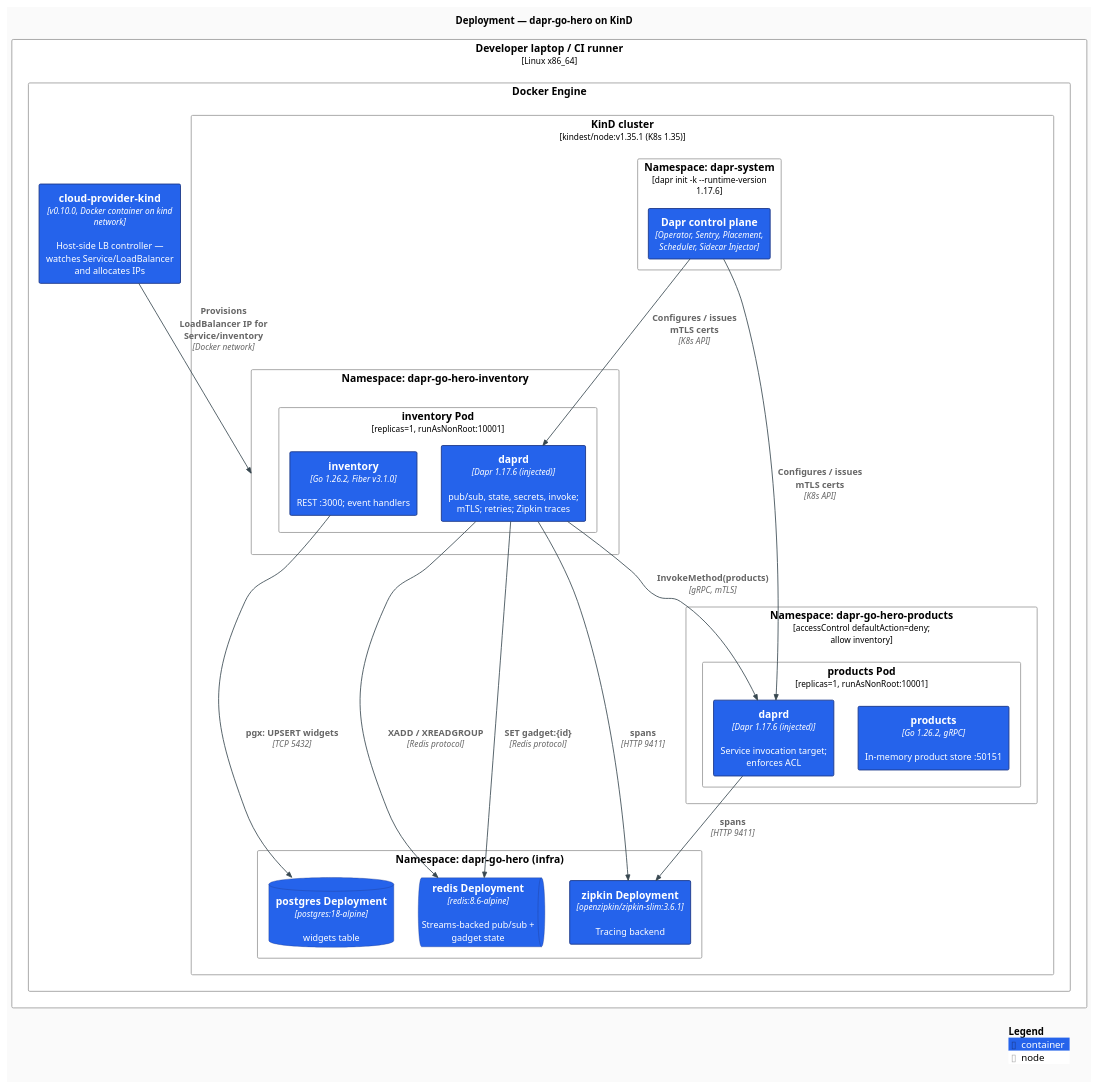
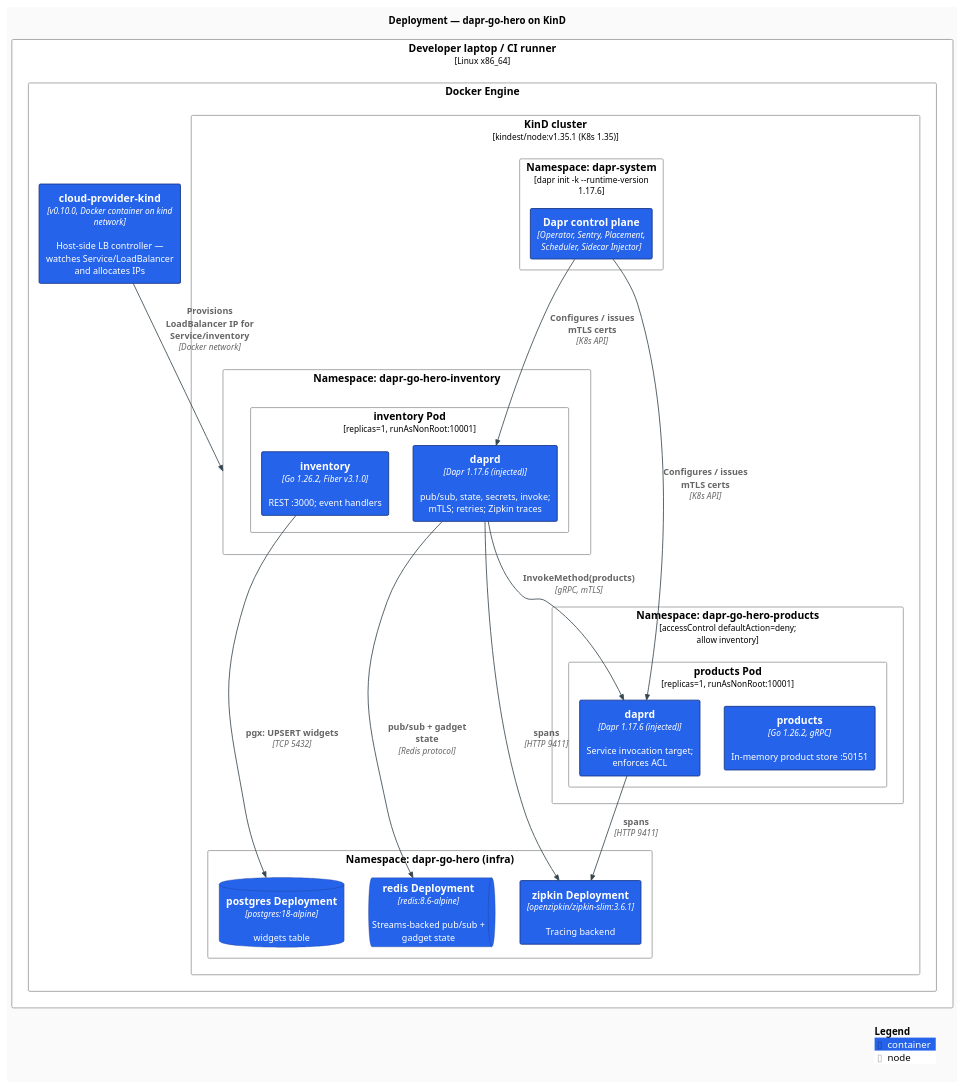
One commit to AndriyKalashnykov/dapr-go-hero changed the diagram in docs/diagrams/c4-deployment.puml. Above: the diagram before and after it, drawn with PlantUML. The commit also changed 4 other files, not shown here.

First line of the commit message:
docs: tighten README + collapse duplicate-pair Rel arrows in C4 diagrams

```diff
--- a/docs/diagrams/c4-deployment.puml
+++ b/docs/diagrams/c4-deployment.puml
@@ -1,68 +1,67 @@
 @startuml c4-deployment
 !include https://raw.githubusercontent.com/plantuml-stdlib/C4-PlantUML/v2.11.0/C4_Deployment.puml
 
 ' Modern flat styling
 skinparam backgroundColor #FAFAFA
 skinparam shadowing false
 skinparam roundCorner 4
 skinparam defaultFontName "Inter, Helvetica, Arial, sans-serif"
 skinparam defaultFontSize 13
 skinparam ArrowColor #37474F
 skinparam ArrowThickness 1.2
 skinparam rectangleBorderThickness 1.3
 
 UpdateElementStyle("person",          $fontColor="#FFFFFF", $bgColor="#0F766E", $borderColor="#134E4A")
 UpdateElementStyle("container",       $fontColor="#FFFFFF", $bgColor="#2563EB", $borderColor="#1E3A8A")
 UpdateElementStyle("container_db",    $fontColor="#FFFFFF", $bgColor="#7C3AED", $borderColor="#4C1D95")
 UpdateElementStyle("container_queue", $fontColor="#FFFFFF", $bgColor="#DB2777", $borderColor="#831843")
 UpdateElementStyle("deployment_node", $bgColor="#F1F5F9", $borderColor="#94A3B8", $fontColor="#1E293B")
 
 title Deployment — dapr-go-hero on KinD
 
 Deployment_Node(host, "Developer laptop / CI runner", "Linux x86_64") {
 
   Deployment_Node(docker, "Docker Engine") {
 
     Container(lb, "cloud-provider-kind", "v0.10.0, Docker container on kind network", "Host-side LB controller — watches Service/LoadBalancer and allocates IPs")
 
     Deployment_Node(kind, "KinD cluster", "kindest/node:v1.35.1 (K8s 1.35)") {
 
       Deployment_Node(dapr_sys, "Namespace: dapr-system", "dapr init -k --runtime-version 1.17.6") {
         Container(dapr_cp, "Dapr control plane", "Operator, Sentry, Placement, Scheduler, Sidecar Injector")
       }
 
       Deployment_Node(infra_ns, "Namespace: dapr-go-hero (infra)") {
         ContainerQueue(redis, "redis Deployment", "redis:8.6-alpine", "Streams-backed pub/sub + gadget state")
         ContainerDb(postgres, "postgres Deployment", "postgres:18-alpine", "widgets table")
         Container(zipkin, "zipkin Deployment", "openzipkin/zipkin-slim:3.6.1", "Tracing backend")
       }
 
       Deployment_Node(inv_ns, "Namespace: dapr-go-hero-inventory") {
         Deployment_Node(inv_pod, "inventory Pod", "replicas=1, runAsNonRoot:10001") {
           Container(inv_app, "inventory", "Go 1.26.2, Fiber v3.1.0", "REST :3000; event handlers")
           Container(inv_sidecar, "daprd", "Dapr 1.17.6 (injected)", "pub/sub, state, secrets, invoke; mTLS; retries; Zipkin traces")
         }
       }
 
       Deployment_Node(prod_ns, "Namespace: dapr-go-hero-products", "accessControl defaultAction=deny; allow inventory") {
         Deployment_Node(prod_pod, "products Pod", "replicas=1, runAsNonRoot:10001") {
           Container(prod_app, "products", "Go 1.26.2, gRPC", "In-memory product store :50151")
           Container(prod_sidecar, "daprd", "Dapr 1.17.6 (injected)", "Service invocation target; enforces ACL")
         }
       }
     }
   }
 }
 
 Rel(lb, inv_ns, "Provisions LoadBalancer IP for Service/inventory", "Docker network")
-Rel(inv_sidecar, redis, "XADD / XREADGROUP", "Redis protocol")
-Rel(inv_sidecar, redis, "SET gadget:{id}", "Redis protocol")
+Rel(inv_sidecar, redis, "pub/sub + gadget state", "Redis protocol")
 Rel(inv_app, postgres, "pgx: UPSERT widgets", "TCP 5432")
 Rel(inv_sidecar, prod_sidecar, "InvokeMethod(products)", "gRPC, mTLS")
 Rel(inv_sidecar, zipkin, "spans", "HTTP 9411")
 Rel(prod_sidecar, zipkin, "spans", "HTTP 9411")
 Rel(dapr_cp, inv_sidecar, "Configures / issues mTLS certs", "K8s API")
 Rel(dapr_cp, prod_sidecar, "Configures / issues mTLS certs", "K8s API")
 
 SHOW_LEGEND()
 @enduml
```
